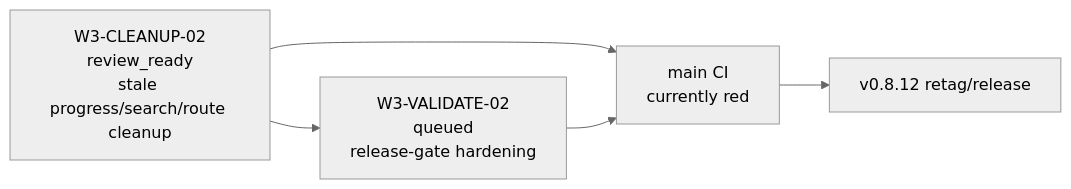
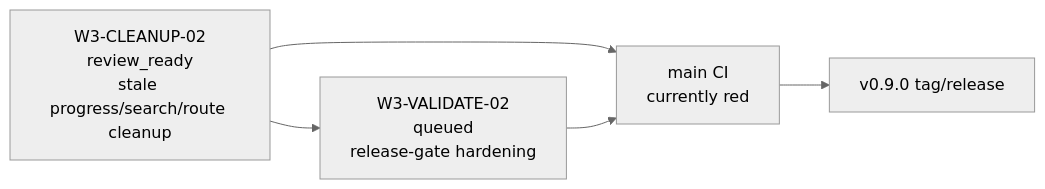
The diagram in docs/tmp-diagram/current-program-state.mmd (mendeleden/jin), drawn with Mermaid (neutral theme) before and after one commit. The commit also changed 2 other files, not shown here.

```diff
--- a/docs/tmp-diagram/current-program-state.mmd
+++ b/docs/tmp-diagram/current-program-state.mmd
@@ -1,10 +1,10 @@
 flowchart LR
   Cleanup02["W3-CLEANUP-02<br/>review_ready<br/>stale progress/search/route cleanup"]
   Validate02["W3-VALIDATE-02<br/>queued<br/>release-gate hardening"]
   MainCI["main CI<br/>currently red"]
-  Release["v0.8.12 retag/release"]
+  Release["v0.9.0 tag/release"]
 
   Cleanup02 --> MainCI
   Cleanup02 --> Validate02
   Validate02 --> MainCI
   MainCI --> Release
```
